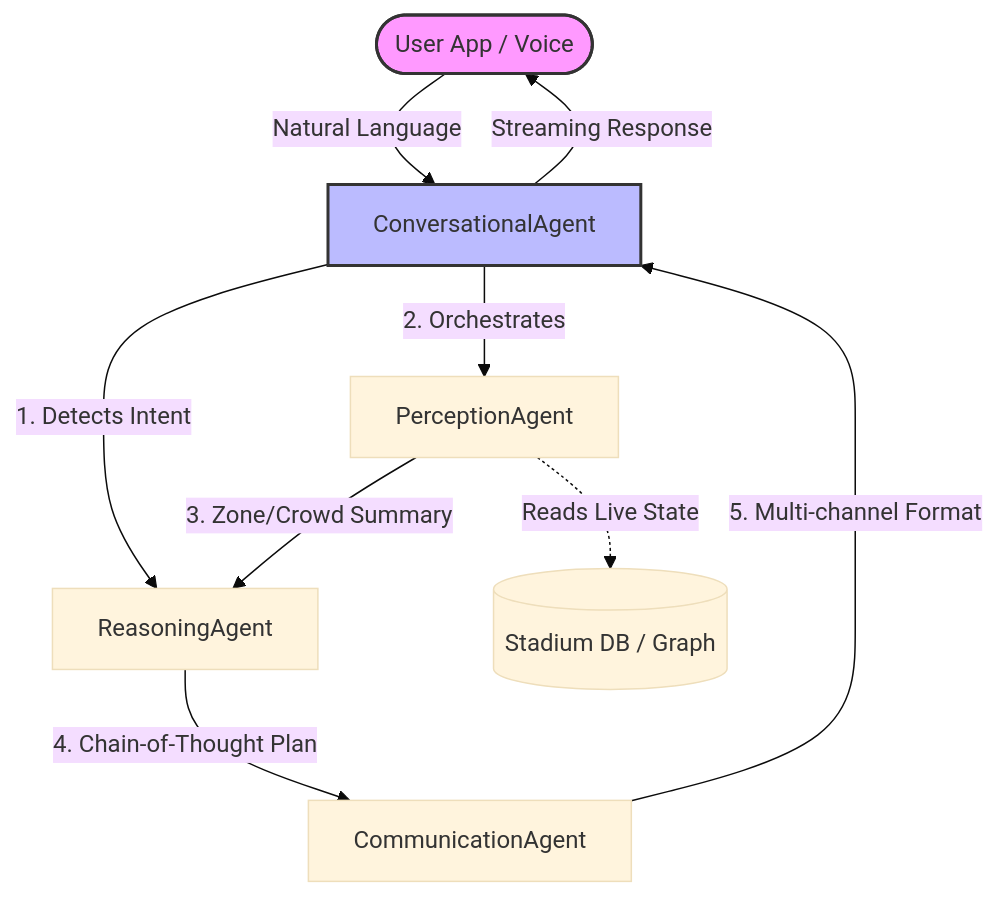
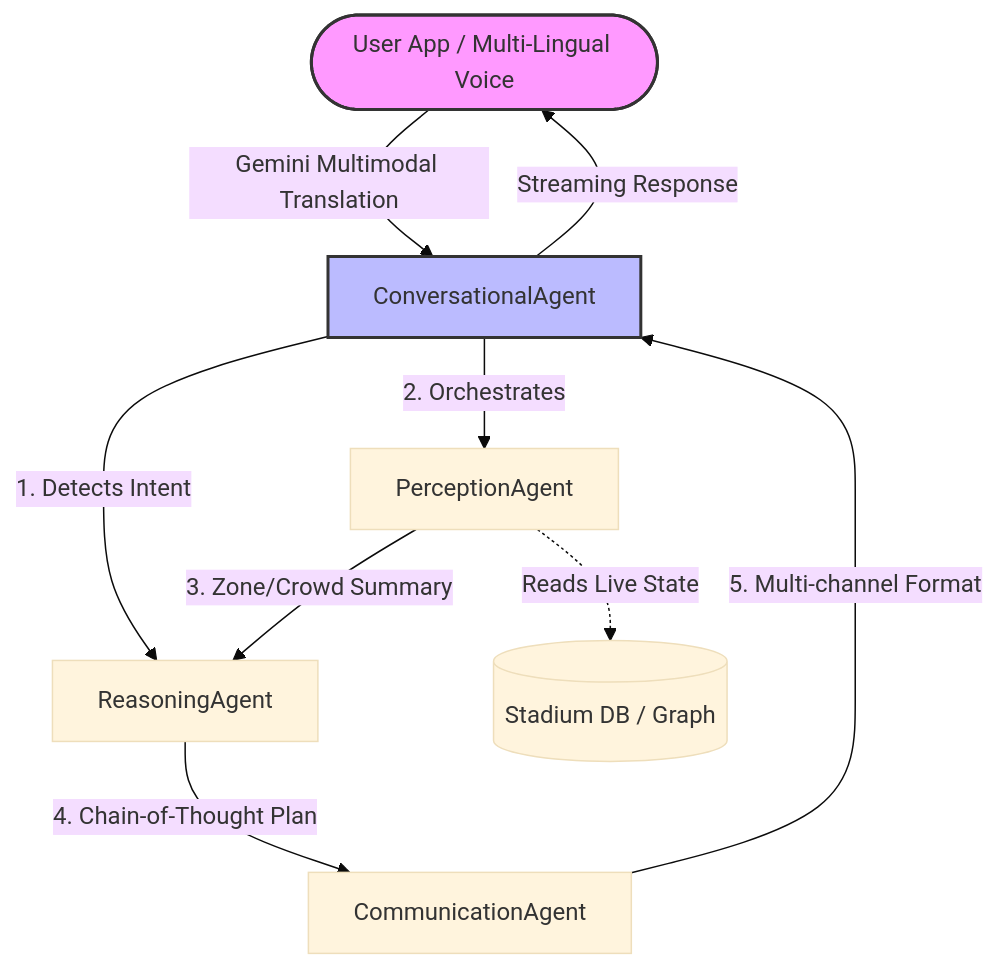
Before and after one commit to SanketHarde7/Access-NavigatorAI: the diagram in README.md, drawn with Mermaid (base theme). The commit also changed other lines of this file, not shown here.

Commit message:
docs: explicitly align with PromptWars multi-lingual and tech stack criteria

````diff
--- a/README.md
+++ b/README.md
@@ -33,14 +34,14 @@
 ```mermaid
 graph TD
-    User([User App / Voice]) -->|Natural Language| CA[ConversationalAgent]
+    User([User App / Multi-Lingual Voice]) -->|Gemini Multimodal Translation| CA[ConversationalAgent]
     CA -->|1. Detects Intent| RA[ReasoningAgent]
     CA -->|2. Orchestrates| PA[PerceptionAgent]
     PA -.->|Reads Live State| DB[(Stadium DB / Graph)]
     PA -->|3. Zone/Crowd Summary| RA
     RA -->|4. Chain-of-Thought Plan| ComA[CommunicationAgent]
     ComA -->|5. Multi-channel Format| CA
     CA -->|Streaming Response| User
     
     style User fill:#f9f,stroke:#333,stroke-width:2px
     style CA fill:#bbf,stroke:#333,stroke-width:2px
 ```
````
